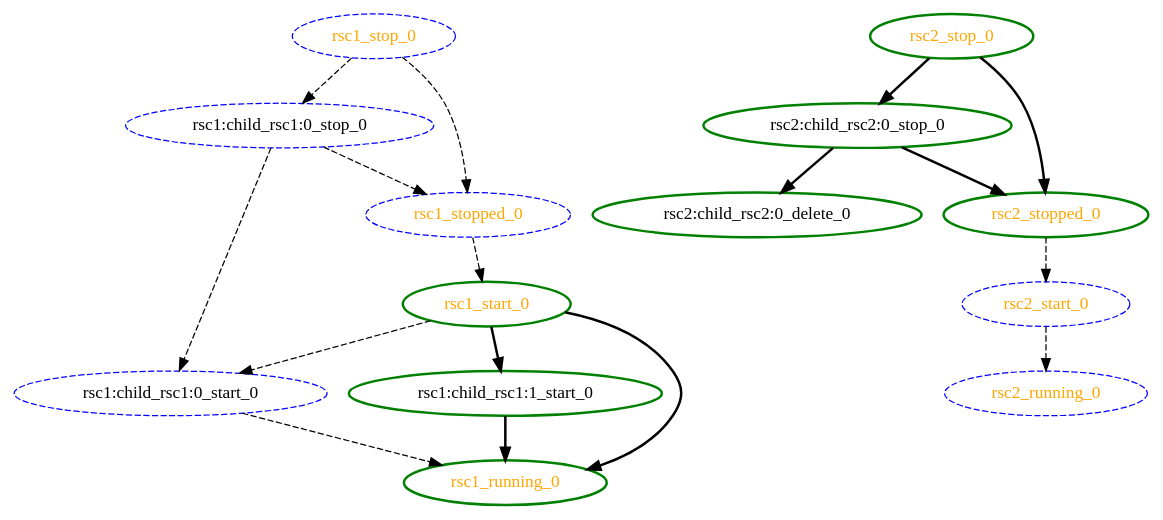
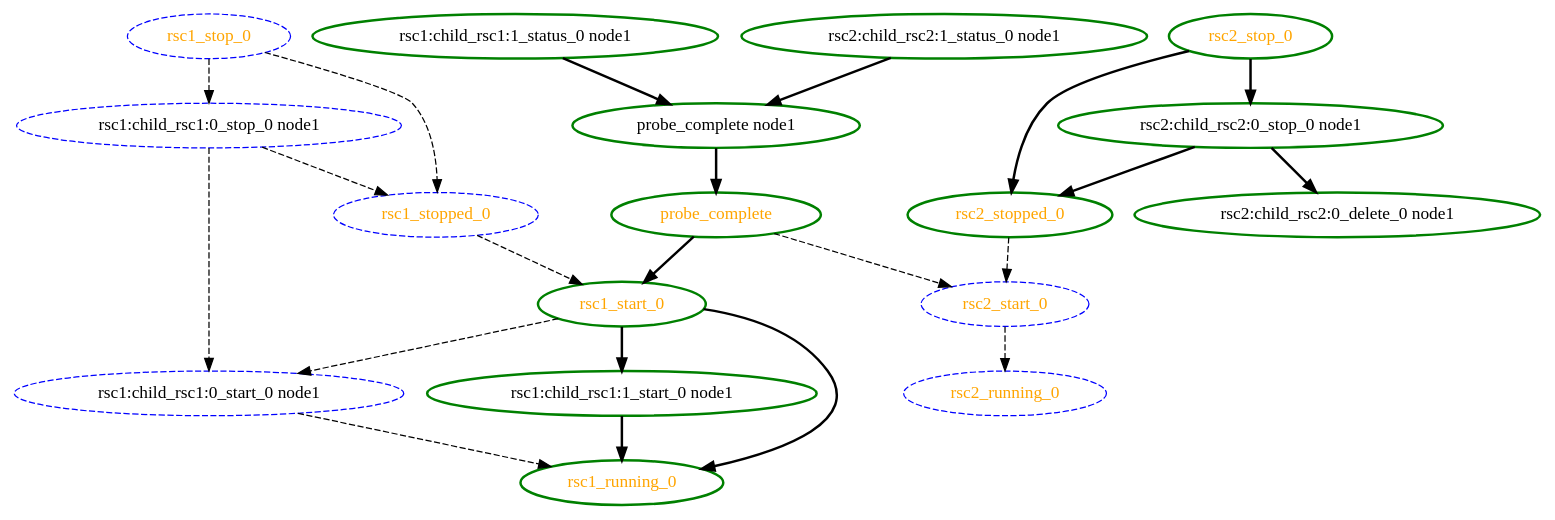
Before and after one commit to richiewen8/heartbeat: the diagram in crm/pengine/testcases/notify-0.dot, drawn with Graphviz. The commit also changed 229 other files, not shown here.

```diff
--- a/crm/pengine/testcases/notify-0.dot
+++ b/crm/pengine/testcases/notify-0.dot
@@ -1,32 +1,41 @@
 digraph "g" {
 	size = "30,30"
-"rsc1:child_rsc1:0_stop_0" [ style="dashed" color="blue" fontcolor="black" ]
-"rsc1:child_rsc1:0_start_0" [ style="dashed" color="blue" fontcolor="black" ]
-"rsc1:child_rsc1:1_start_0" [ tooltip="node1" style=bold color="green" fontcolor="black" ]
-"rsc1_start_0" [ tooltip="" style=bold color="green" fontcolor="orange" ]
-"rsc1_running_0" [ tooltip="" style=bold color="green" fontcolor="orange" ]
+"probe_complete" [ style=bold color="green" fontcolor="orange" ]
+"probe_complete node1" [ style=bold color="green" fontcolor="black" ]
+"rsc1:child_rsc1:1_status_0 node1" [ style=bold color="green" fontcolor="black" ]
+"rsc2:child_rsc2:1_status_0 node1" [ style=bold color="green" fontcolor="black" ]
+"rsc1:child_rsc1:0_stop_0 node1" [ style="dashed" color="blue" fontcolor="black" ]
+"rsc1:child_rsc1:0_start_0 node1" [ style="dashed" color="blue" fontcolor="black" ]
+"rsc1:child_rsc1:1_start_0 node1" [ style=bold color="green" fontcolor="black" ]
+"rsc1_start_0" [ style=bold color="green" fontcolor="orange" ]
+"rsc1_running_0" [ style=bold color="green" fontcolor="orange" ]
 "rsc1_stop_0" [ style="dashed" color="blue" fontcolor="orange" ]
 "rsc1_stopped_0" [ style="dashed" color="blue" fontcolor="orange" ]
-"rsc2:child_rsc2:0_stop_0" [ tooltip="node1" style=bold color="green" fontcolor="black" ]
-"rsc2:child_rsc2:0_delete_0" [ tooltip="node1" style=bold color="green" fontcolor="black" ]
+"rsc2:child_rsc2:0_stop_0 node1" [ style=bold color="green" fontcolor="black" ]
+"rsc2:child_rsc2:0_delete_0 node1" [ style=bold color="green" fontcolor="black" ]
 "rsc2_start_0" [ style="dashed" color="blue" fontcolor="orange" ]
 "rsc2_running_0" [ style="dashed" color="blue" fontcolor="orange" ]
-"rsc2_stop_0" [ tooltip="" style=bold color="green" fontcolor="orange" ]
-"rsc2_stopped_0" [ tooltip="" style=bold color="green" fontcolor="orange" ]
-"rsc1_stop_0" -> "rsc1:child_rsc1:0_stop_0" [ style = dashed]
-"rsc1:child_rsc1:0_stop_0" -> "rsc1:child_rsc1:0_start_0" [ style = dashed]
-"rsc1_start_0" -> "rsc1:child_rsc1:0_start_0" [ style = dashed]
-"rsc1_start_0" -> "rsc1:child_rsc1:1_start_0" [ style = bold]
+"rsc2_stop_0" [ style=bold color="green" fontcolor="orange" ]
+"rsc2_stopped_0" [ style=bold color="green" fontcolor="orange" ]
+"probe_complete node1" -> "probe_complete" [ style = bold]
+"rsc1:child_rsc1:1_status_0 node1" -> "probe_complete node1" [ style = bold]
+"rsc2:child_rsc2:1_status_0 node1" -> "probe_complete node1" [ style = bold]
+"rsc1_stop_0" -> "rsc1:child_rsc1:0_stop_0 node1" [ style = dashed]
+"rsc1:child_rsc1:0_stop_0 node1" -> "rsc1:child_rsc1:0_start_0 node1" [ style = dashed]
+"rsc1_start_0" -> "rsc1:child_rsc1:0_start_0 node1" [ style = dashed]
+"rsc1_start_0" -> "rsc1:child_rsc1:1_start_0 node1" [ style = bold]
+"probe_complete" -> "rsc1_start_0" [ style = bold]
 "rsc1_stopped_0" -> "rsc1_start_0" [ style = dashed]
-"rsc1:child_rsc1:0_start_0" -> "rsc1_running_0" [ style = dashed]
-"rsc1:child_rsc1:1_start_0" -> "rsc1_running_0" [ style = bold]
+"rsc1:child_rsc1:0_start_0 node1" -> "rsc1_running_0" [ style = dashed]
+"rsc1:child_rsc1:1_start_0 node1" -> "rsc1_running_0" [ style = bold]
 "rsc1_start_0" -> "rsc1_running_0" [ style = bold]
 "rsc1_stop_0" -> "rsc1_stopped_0" [ style = dashed]
-"rsc1:child_rsc1:0_stop_0" -> "rsc1_stopped_0" [ style = dashed]
-"rsc2_stop_0" -> "rsc2:child_rsc2:0_stop_0" [ style = bold]
-"rsc2:child_rsc2:0_stop_0" -> "rsc2:child_rsc2:0_delete_0" [ style = bold]
+"rsc1:child_rsc1:0_stop_0 node1" -> "rsc1_stopped_0" [ style = dashed]
+"rsc2_stop_0" -> "rsc2:child_rsc2:0_stop_0 node1" [ style = bold]
+"rsc2:child_rsc2:0_stop_0 node1" -> "rsc2:child_rsc2:0_delete_0 node1" [ style = bold]
+"probe_complete" -> "rsc2_start_0" [ style = dashed]
 "rsc2_stopped_0" -> "rsc2_start_0" [ style = dashed]
 "rsc2_start_0" -> "rsc2_running_0" [ style = dashed]
-"rsc2:child_rsc2:0_stop_0" -> "rsc2_stopped_0" [ style = bold]
+"rsc2:child_rsc2:0_stop_0 node1" -> "rsc2_stopped_0" [ style = bold]
 "rsc2_stop_0" -> "rsc2_stopped_0" [ style = bold]
 }
```
